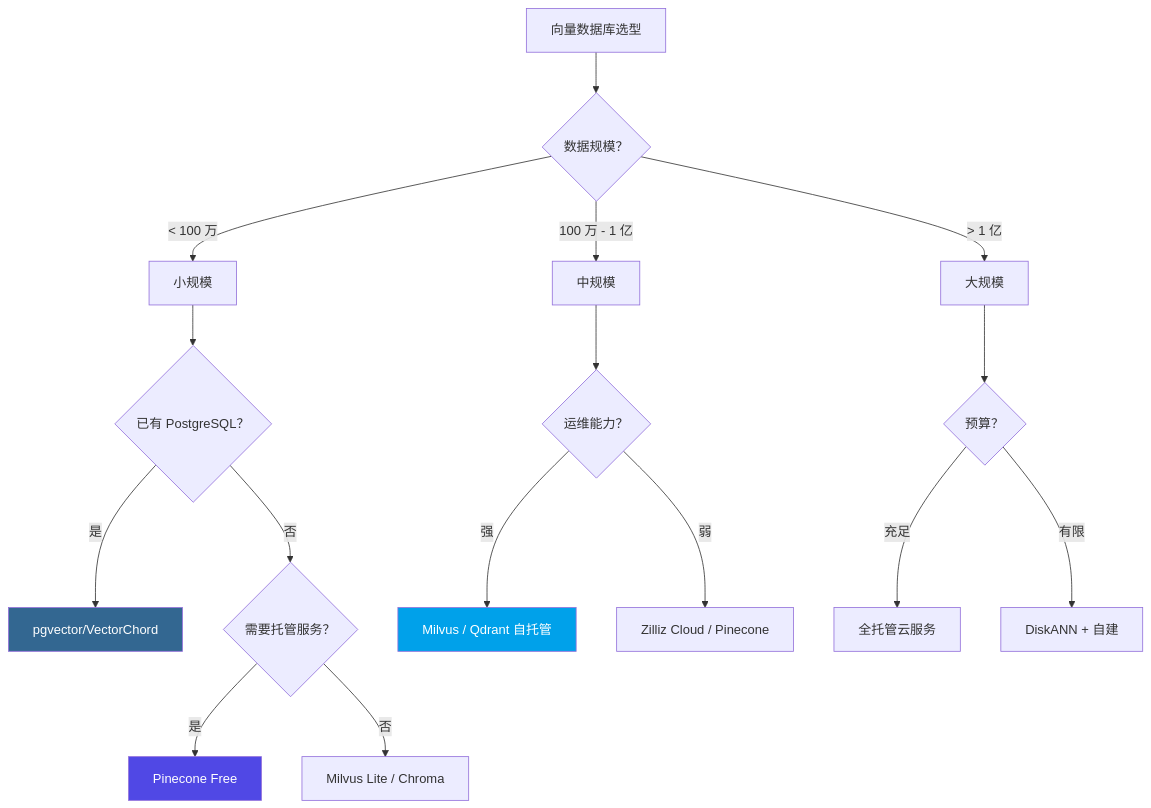
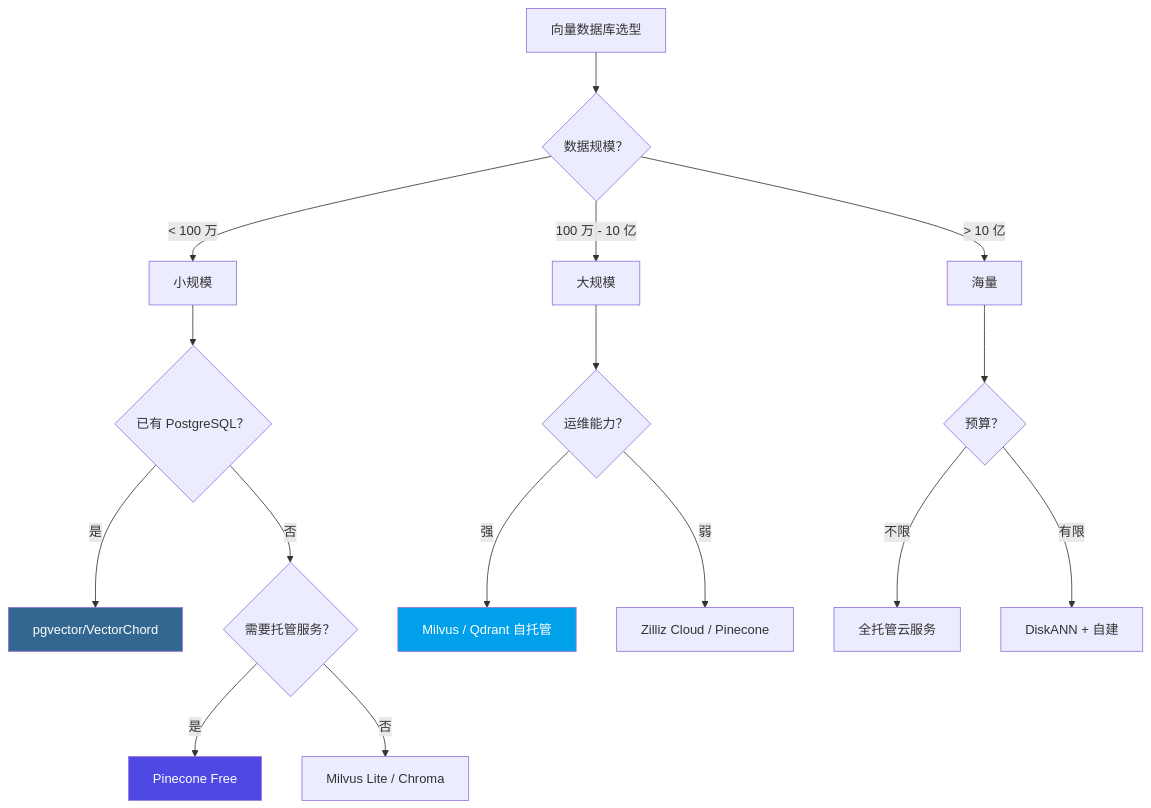
Before and after one commit to ThreeFish-AI/agentic-ai-cognizes: diagram 42 of 42 in docs/research/003-vector-search-algorithm.md, drawn with Mermaid. The commit also changed other lines of this file, not shown here.

First line of the commit message:
docs(Research): 优化图表样式与选型流程描述;

````diff
--- a/docs/research/003-vector-search-algorithm.md
+++ b/docs/research/003-vector-search-algorithm.md
@@ -2071,26 +2085,26 @@
 ```mermaid
 flowchart TD
     START[向量数据库选型] --> Q1{数据规模？}
 
     Q1 --> |"< 100 万"| SMALL[小规模]
-    Q1 --> |"100 万 - 1 亿"| MEDIUM[中规模]
-    Q1 --> |"> 1 亿"| LARGE[大规模]
+    Q1 --> |"100 万 - 10 亿"| MEDIUM[大规模]
+    Q1 --> |"> 10 亿"| LARGE[海量]
 
     SMALL --> Q2{已有 PostgreSQL？}
     Q2 --> |是| PGV[pgvector/VectorChord]
     Q2 --> |否| Q3{需要托管服务？}
     Q3 --> |是| PINECONE[Pinecone Free]
     Q3 --> |否| EMBEDDED[Milvus Lite / Chroma]
 
     MEDIUM --> Q4{运维能力？}
     Q4 --> |强| SELF[Milvus / Qdrant 自托管]
     Q4 --> |弱| MANAGED[Zilliz Cloud / Pinecone]
 
     LARGE --> Q5{预算？}
-    Q5 --> |充足| CLOUD[全托管云服务]
+    Q5 --> |不限| CLOUD[全托管云服务]
     Q5 --> |有限| DISKANN[DiskANN + 自建]
 
     style PGV fill:#336791,color:#fff
     style PINECONE fill:#5048E5,color:#fff
     style SELF fill:#00A1EA,color:#fff
 ```
````
